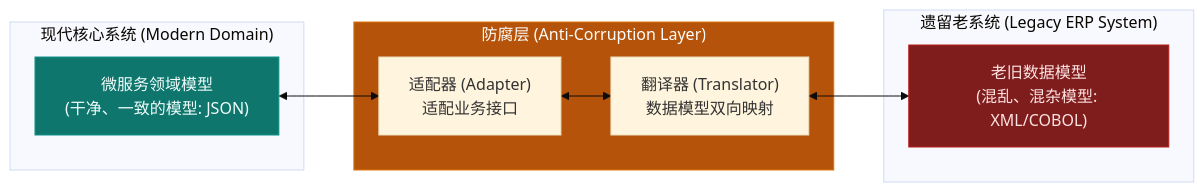
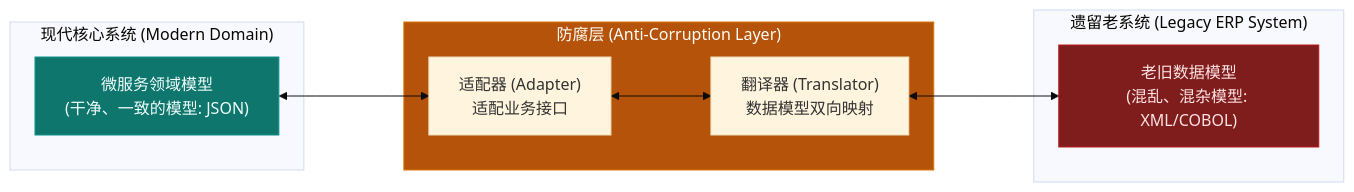
One commit to koosai/AI-Architect-Learning changed the third of 3 diagrams in docs/06-cloud-enterprise-industrial/enterprise-erp-integration.mdx. Above: the diagram before and after it, drawn with Mermaid (base theme). The commit also changed other lines of this file and 228 other files, not shown here.

Commit message:
fix(mermaid): achieve 100% zero-error rendering across all 1106 diagrams

````diff
--- a/docs/06-cloud-enterprise-industrial/enterprise-erp-integration.mdx
+++ b/docs/06-cloud-enterprise-industrial/enterprise-erp-integration.mdx
@@ -115,21 +115,21 @@
 ```mermaid
 graph LR
     subgraph Modern_System["现代核心系统 (Modern Domain)"]
         DomainModel["微服务领域模型<br>(干净、一致的模型: JSON)"]
     end
 
     subgraph ACL["防腐层 (Anti-Corruption Layer)"]
-        Adapter["适配器 (Adapter)<br>适配业务接口"] <--> Translator["翻译器 (Translator)<br>数据模型双向映射"]
+        Adapter["适配器 (Adapter)<br>适配业务接口"] <---> Translator["翻译器 (Translator)<br>数据模型双向映射"]
     end
 
     subgraph Legacy_System["遗留老系统 (Legacy ERP System)"]
         LegacyModel["老旧数据模型<br>(混乱、混杂模型: XML/COBOL)"]
     end
 
-    DomainModel <--> Adapter
-    Translator <--> LegacyModel
+    DomainModel <---> Adapter
+    Translator <---> LegacyModel
 
     style DomainModel fill:#0f766e,stroke:#0d9488,color:#f0fdfa
     style ACL fill:#b45309,stroke:#d97706,color:#fffdfa
     style LegacyModel fill:#7f1d1d,stroke:#b91c1c,color:#fee2e2
 ```
````
